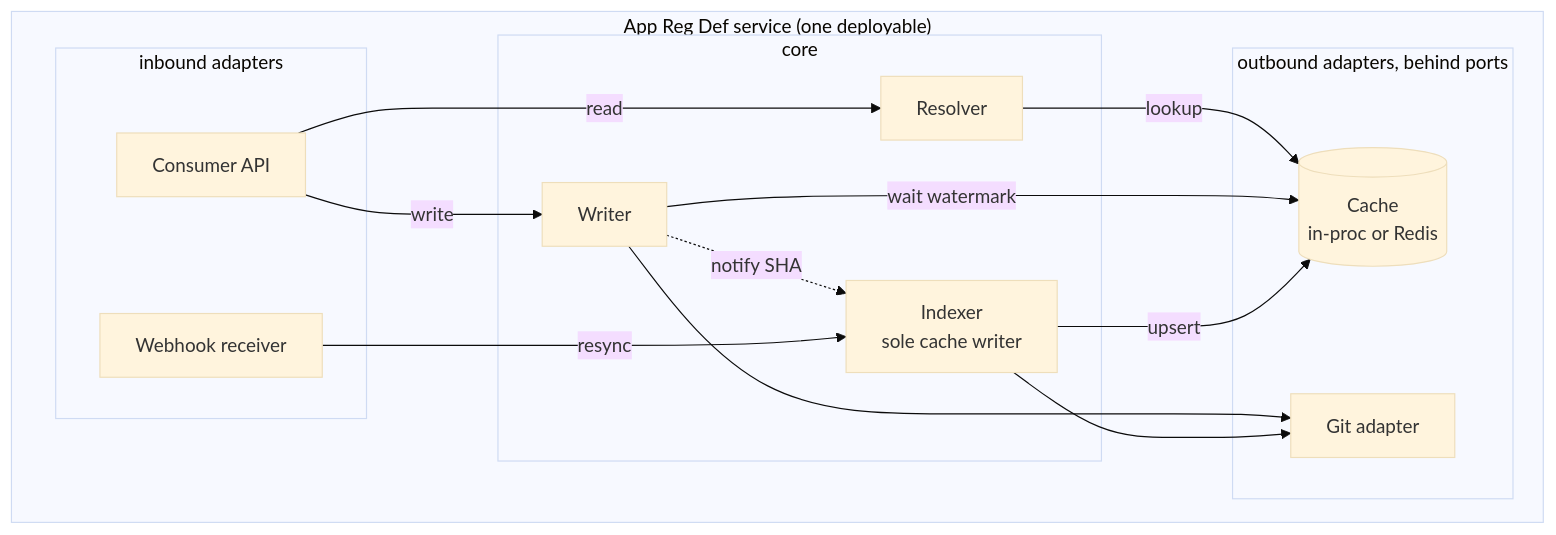
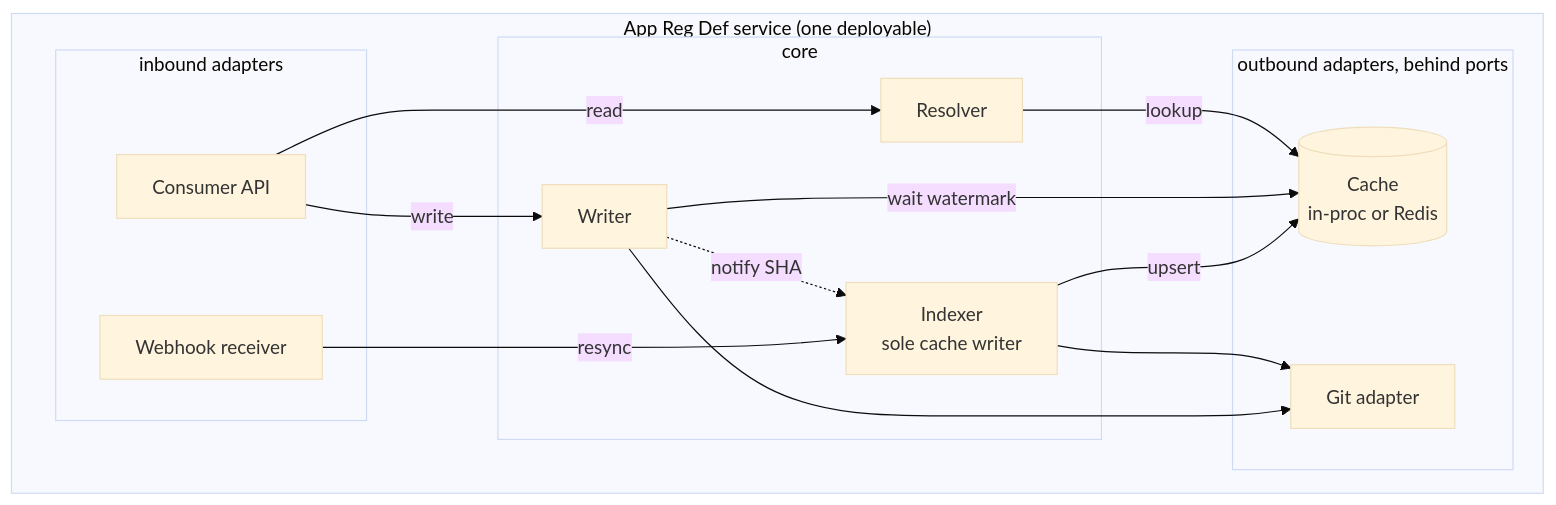
Before and after one commit to Netcracker/qubership-envgene: the second of 5 diagrams in docs/analysis/app-reg-def-service/design/architecture.md, drawn with Mermaid (base theme). The commit also changed other lines of this file and 5 other files, not shown here.

````diff
--- a/docs/analysis/app-reg-def-service/design/architecture.md
+++ b/docs/analysis/app-reg-def-service/design/architecture.md
@@ -34,27 +34,27 @@
 ```mermaid
 flowchart TB
   subgraph svc["App Reg Def service (one deployable)"]
     subgraph inb["inbound adapters"]
       api["Consumer API"]
       wh["Webhook receiver"]
     end
     subgraph cor["core"]
       resolver["Resolver"]
       writer["Writer"]
       indexer["Indexer<br/>sole cache writer"]
     end
     subgraph outb["outbound adapters, behind ports"]
       cache[("Cache<br/>in-proc or Redis")]
       gitad["Git adapter"]
     end
   end
   api -->|read| resolver
   resolver -->|lookup| cache
   api -->|write| writer
-  writer --> gitad
   writer -->|wait watermark| cache
   writer -. "notify SHA" .-> indexer
   wh -->|resync| indexer
   indexer -->|upsert| cache
   indexer --> gitad
+  writer --> gitad
 ```
````
